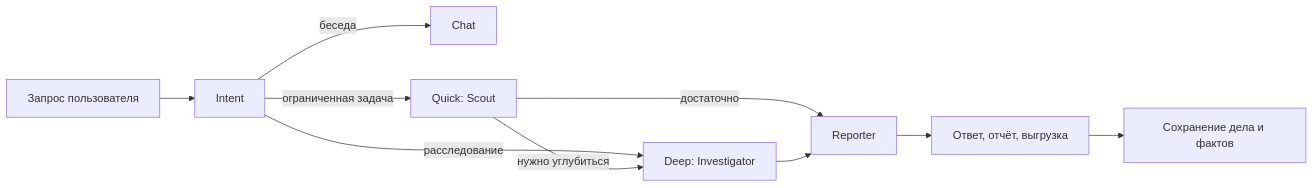
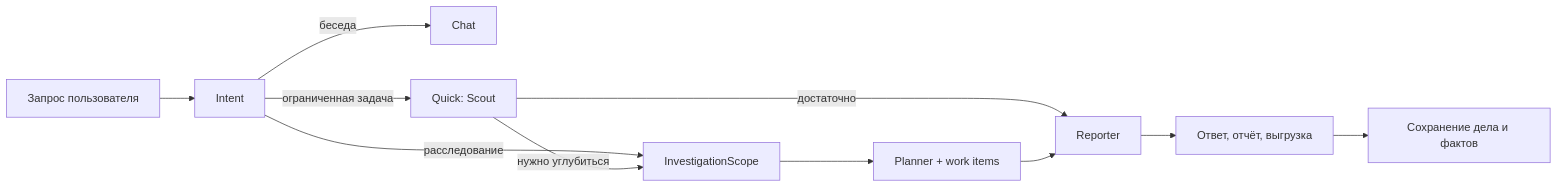
One commit to antonbezkrovnyy/agent changed the first of 4 diagrams in docs/DEV.md. Above: the diagram before and after it, drawn with Mermaid. The commit also changed other lines of this file and 91 other files, not shown here.

````diff
--- a/docs/DEV.md
+++ b/docs/DEV.md
@@ -83,12 +86,13 @@
 ```mermaid
 flowchart LR
     U[Запрос пользователя] --> I[Intent]
     I -->|беседа| C[Chat]
     I -->|ограниченная задача| Q[Quick: Scout]
-    I -->|расследование| D[Deep: Investigator]
-    Q -->|нужно углубиться| D
+    I -->|расследование| S[InvestigationScope]
+    Q -->|нужно углубиться| S
     Q -->|достаточно| R[Reporter]
+    S --> D[Planner + work items]
     D --> R
     R --> O[Ответ, отчёт, выгрузка]
     O --> M[Сохранение дела и фактов]
 ```
````
